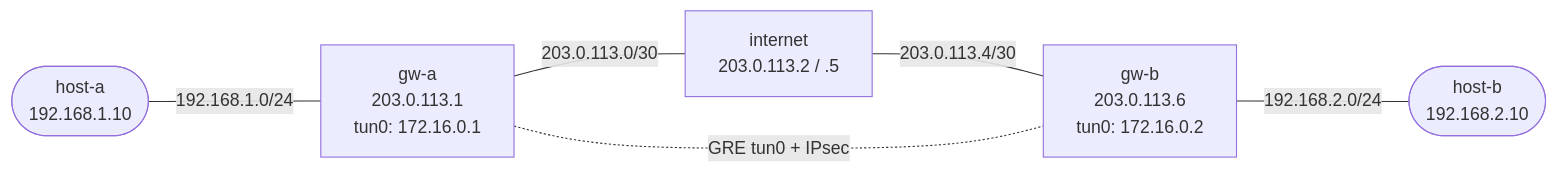
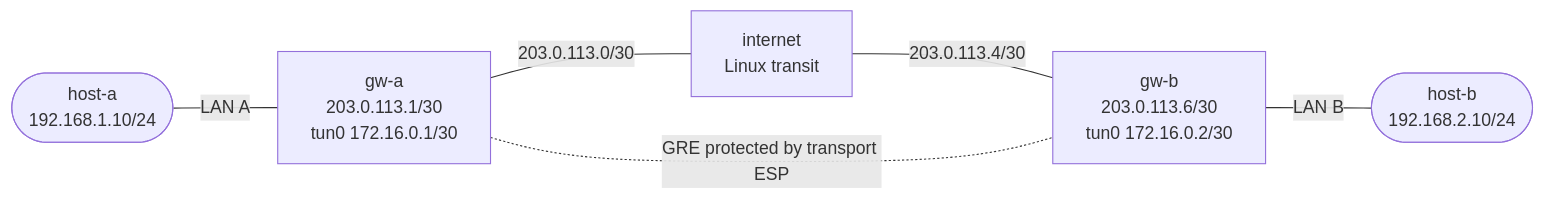
One commit to jschless/networkingLabs changed the diagram in labs/gre-ipsec/README.md. Above: the diagram before and after it, drawn with Mermaid. The commit also changed other lines of this file and 147 other files, not shown here.

First line of the commit message:
Remediate six topology-backed labs: ipsec, GRE, DMVPN, QoS, CoPP (#67)

````diff
--- a/labs/gre-ipsec/README.md
+++ b/labs/gre-ipsec/README.md
@@ -12,15 +47,14 @@
 ```mermaid
 flowchart LR
-    ha(["host-a<br/>192.168.1.10"])
-    gwa["gw-a<br/>203.0.113.1<br/>tun0: 172.16.0.1"]
-    inet["internet<br/>203.0.113.2 / .5"]
-    gwb["gw-b<br/>203.0.113.6<br/>tun0: 172.16.0.2"]
-    hb(["host-b<br/>192.168.2.10"])
+    ha(["host-a<br/>192.168.1.10/24"])
+    gwa["gw-a<br/>203.0.113.1/30<br/>tun0 172.16.0.1/30"]
+    inet["internet<br/>Linux transit"]
+    gwb["gw-b<br/>203.0.113.6/30<br/>tun0 172.16.0.2/30"]
+    hb(["host-b<br/>192.168.2.10/24"])
 
-    ha -- "192.168.1.0/24" --- gwa
-    gwa -- "203.0.113.0/30" --- inet
-    inet -- "203.0.113.4/30" --- gwb
-    gwb -- "192.168.2.0/24" --- hb
-
-    gwa -. "GRE tun0 + IPsec" .- gwb
+    ha ---|"LAN A"| gwa
+    gwa ---|"203.0.113.0/30"| inet
+    inet ---|"203.0.113.4/30"| gwb
+    gwb ---|"LAN B"| hb
+    gwa -. "GRE protected by transport ESP" .- gwb
 ```
````
